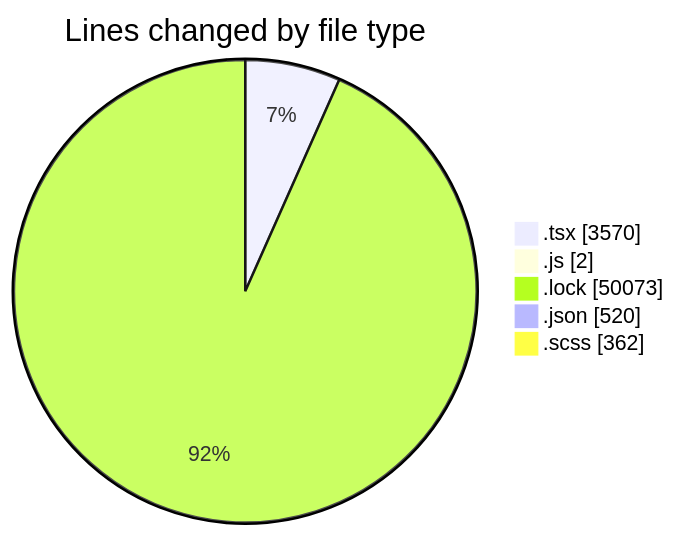
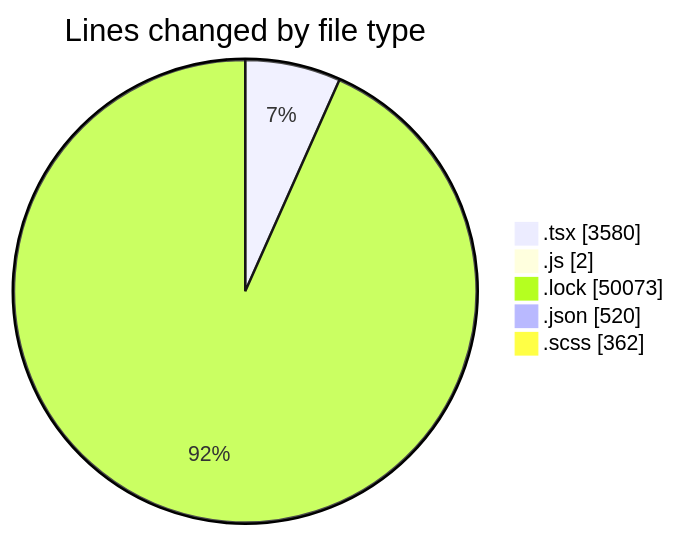
Before and after one commit to momahboobian/code-tracking: the first of 2 diagrams in 2026-05-15/cda/README.md, drawn with Mermaid. The commit also changed other lines of this file and 1 other file, not shown here.

````diff
--- a/2026-05-15/cda/README.md
+++ b/2026-05-15/cda/README.md
@@ -47,9 +47,9 @@
 ```mermaid
 pie showData
 title Lines changed by file type
-".tsx" : 3570
+".tsx" : 3580
 ".js" : 2
 ".lock" : 50073
 ".json" : 520
 ".scss" : 362
 ```
````
